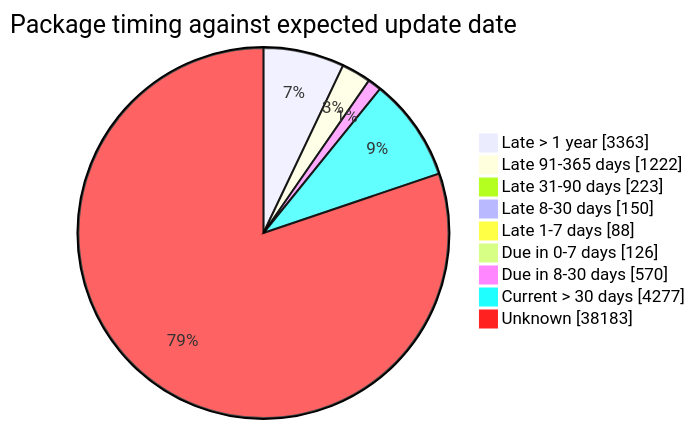
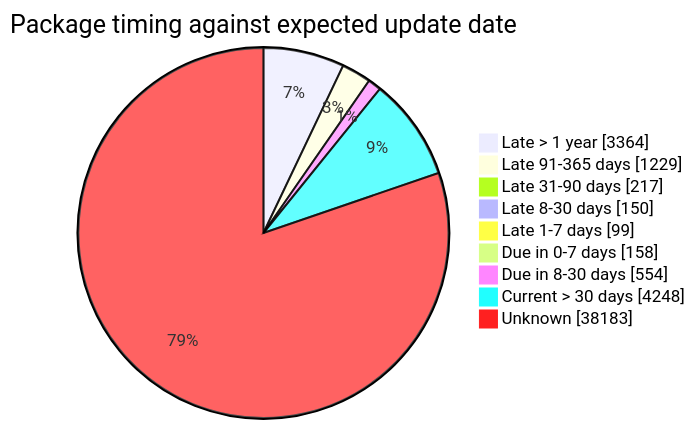
One commit to open-data/analytics-corporate-reporting changed the fourth of 5 diagrams in FreshCheck/README.md. Above: the diagram before and after it, drawn with Mermaid. The commit also changed other lines of this file and 3 other files, not shown here.

````diff
--- a/FreshCheck/README.md
+++ b/FreshCheck/README.md
@@ -86,12 +86,12 @@
 ```mermaid
 pie showData title Package timing against expected update date
-    "Late > 1 year": 3363
-    "Late 91-365 days": 1222
-    "Late 31-90 days": 223
+    "Late > 1 year": 3364
+    "Late 91-365 days": 1229
+    "Late 31-90 days": 217
     "Late 8-30 days": 150
-    "Late 1-7 days": 88
-    "Due in 0-7 days": 126
-    "Due in 8-30 days": 570
-    "Current > 30 days": 4277
+    "Late 1-7 days": 99
+    "Due in 0-7 days": 158
+    "Due in 8-30 days": 554
+    "Current > 30 days": 4248
     "Unknown": 38183
 ```
````
